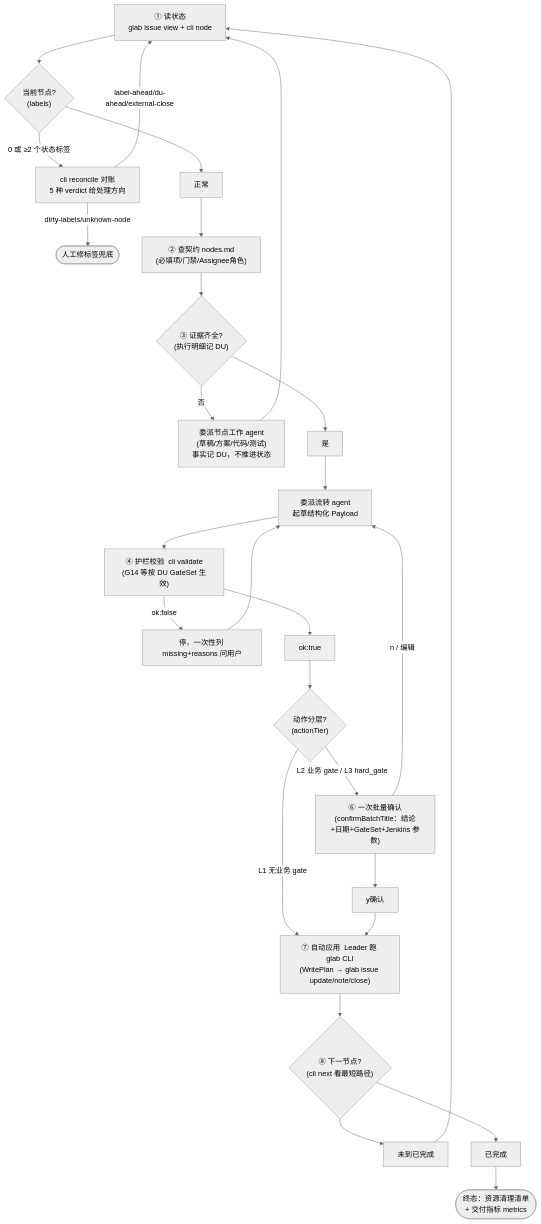
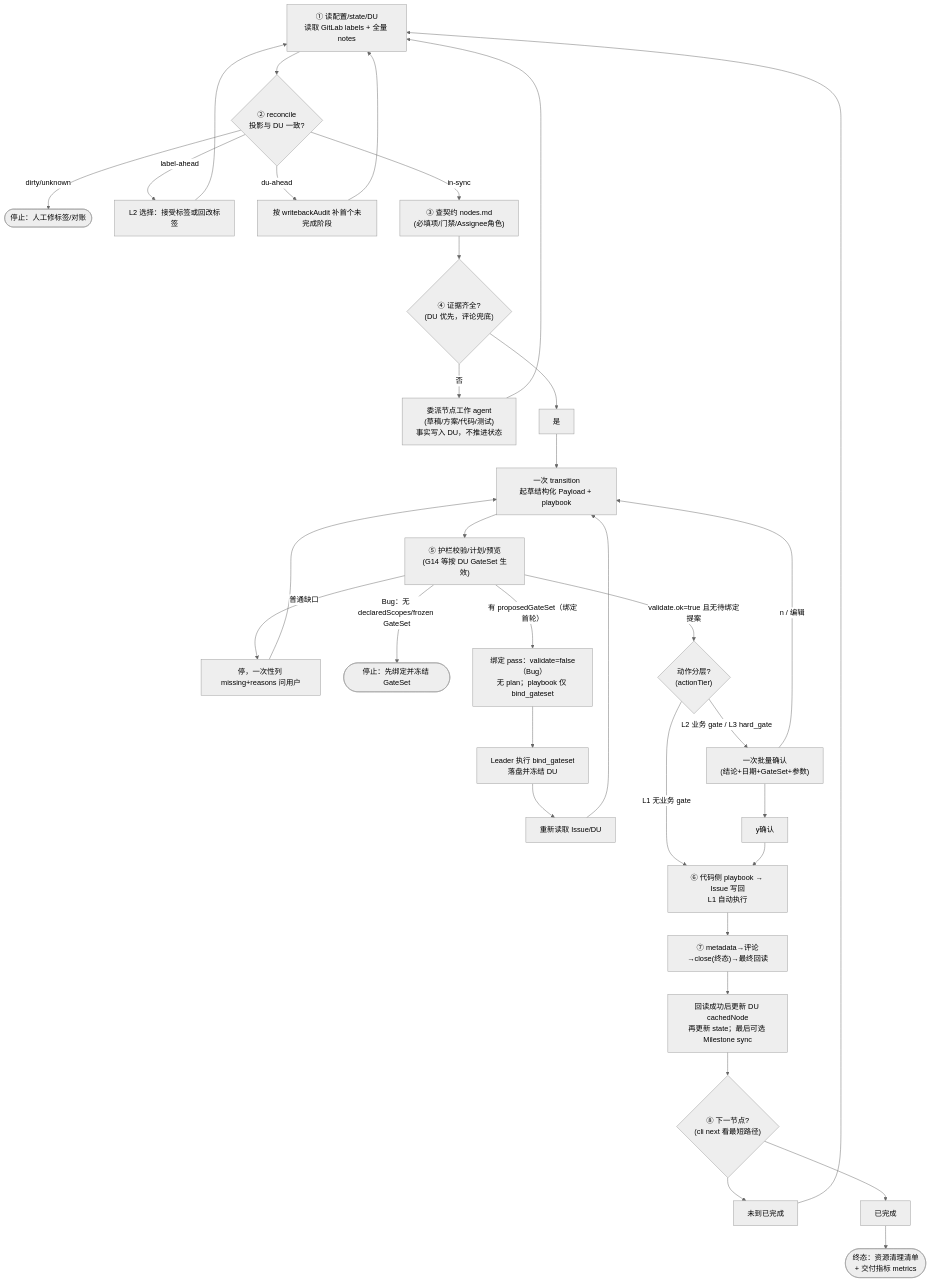
Before and after one commit to jinx911/glab-flow: the second of 3 diagrams in docs/flow.md, drawn with Mermaid (neutral theme). The commit also changed other lines of this file and 30 other files, not shown here.

First line of the commit message:
feat: align public delivery flow with DU redesign

````diff
--- a/docs/flow.md
+++ b/docs/flow.md
@@ -55,23 +60,32 @@
 ```mermaid
 flowchart TD
-    A["① 读状态<br/>glab issue view + cli node"] --> B{"当前节点?<br/>(labels)"}
-    B -->|"0 或 ≥2 个状态标签"| REC["cli reconcile 对账<br/>5 种 verdict 给处理方向"]
-    REC -->|"dirty-labels/unknown-node"| DIRTY(["人工修标签兜底"])
-    REC -->|"label-ahead/du-ahead/external-close"| A
-    B --> 正常 --> C["② 查契约 nodes.md<br/>(必填项/门禁/Assignee角色)"]
-    C --> D{"③ 证据齐全?<br/>(执行明细记 DU)"}
-    D -->|"否"| WORK["委派节点工作 agent<br/>(草稿/方案/代码/测试)<br/>事实记 DU，不推进状态"]
+    A["① 读配置/state/DU<br/>读取 GitLab labels + 全量 notes"] --> B{"② reconcile<br/>投影与 DU 一致?"}
+    B -->|"dirty/unknown"| DIRTY(["停止：人工修标签/对账"])
+    B -->|"label-ahead"| CHOOSE["L2 选择：接受标签或回改标签"]
+    B -->|"du-ahead"| RECOVER["按 writebackAudit 补首个未完成阶段"]
+    B -->|"in-sync"| C["③ 查契约 nodes.md<br/>(必填项/门禁/Assignee角色)"]
+    CHOOSE --> A
+    RECOVER --> A
+    C --> D{"④ 证据齐全?<br/>(DU 优先，评论兜底)"}
+    D -->|"否"| WORK["委派节点工作 agent<br/>(草稿/方案/代码/测试)<br/>事实写入 DU，不推进状态"]
     WORK --> A
-    D --> 是 --> PAYLOAD["委派流转 agent<br/>起草结构化 Payload"]
-    PAYLOAD --> VAL["④ 护栏校验  cli validate<br/>(G14 等按 DU GateSet 生效)"]
-    VAL -->|"ok:false"| ASK["停，一次性列 missing+reasons 问用户"]
+    D --> 是 --> PAYLOAD["一次 transition<br/>起草结构化 Payload + playbook"]
+    PAYLOAD --> VAL["⑤ 护栏校验/计划/预览<br/>(G14 等按 DU GateSet 生效)"]
+    VAL -->|"普通缺口"| ASK["停，一次性列 missing+reasons 问用户"]
     ASK --> PAYLOAD
-    VAL --> ok:true --> TIER{"动作分层?<br/>(actionTier)"}
-    TIER -->|"L1 无业务 gate"| APP["⑦ 自动应用  Leader 跑 glab CLI<br/>(WritePlan → glab issue update/note/close)"]
-    TIER -->|"L2 业务 gate / L3 hard_gate"| PREV["⑥ 一次批量确认<br/>(confirmBatchTitle：结论+日期+GateSet+Jenkins 参数)"]
+    VAL -->|"Bug：无 declaredScopes/frozen GateSet"| STOPBIND(["停止：先绑定并冻结 GateSet"])
+    VAL -->|"有 proposedGateSet（绑定首轮）"| BIND["绑定 pass：validate=false（Bug）<br/>无 plan；playbook 仅 bind_gateset"]
+    BIND --> BOUND["Leader 执行 bind_gateset<br/>落盘并冻结 DU"]
+    BOUND --> RELOAD["重新读取 Issue/DU"]
+    RELOAD --> PAYLOAD
+    VAL -->|"validate.ok=true 且无待绑定提案"| TIER{"动作分层?<br/>(actionTier)"}
+    TIER -->|"L1 无业务 gate"| APP["⑥ 代码侧 playbook → Issue 写回<br/>L1 自动执行"]
+    TIER -->|"L2 业务 gate / L3 hard_gate"| PREV["一次批量确认<br/>(结论+日期+GateSet+参数)"]
     PREV -->|"n / 编辑"| PAYLOAD
     PREV --> y确认 --> APP
-    APP --> NEXT{"⑧ 下一节点?<br/>(cli next 看最短路径)"}
+    APP --> READBACK["⑦ metadata→评论→close(终态)→最终回读"]
+    READBACK --> CACHE["回读成功后更新 DU cachedNode<br/>再更新 state；最后可选 Milestone sync"]
+    CACHE --> NEXT{"⑧ 下一节点?<br/>(cli next 看最短路径)"}
     NEXT --> 未到已完成 --> A
     NEXT --> 已完成 --> DONE(["终态：资源清理清单<br/>+ 交付指标 metrics"])
 ```
````
